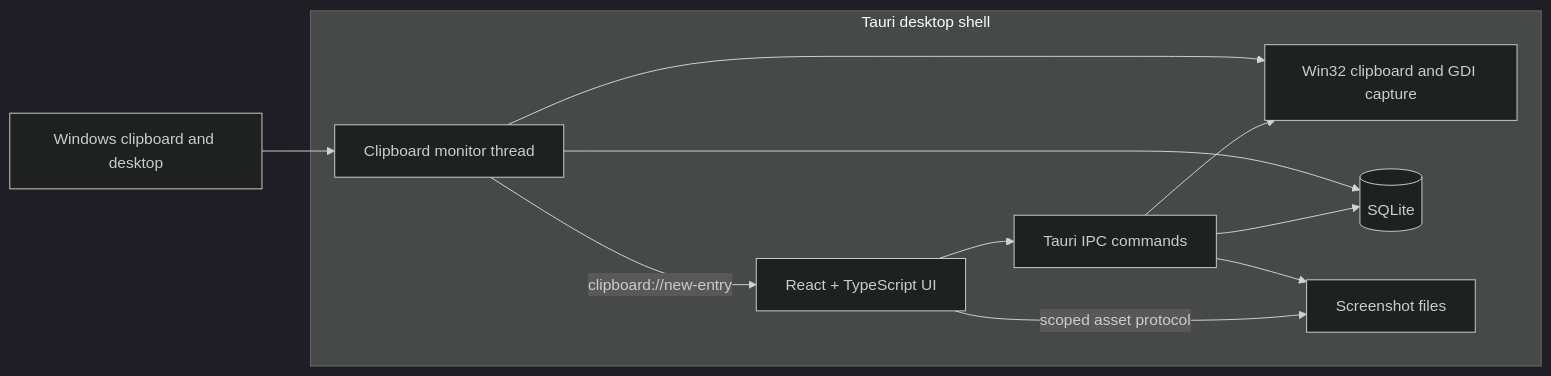
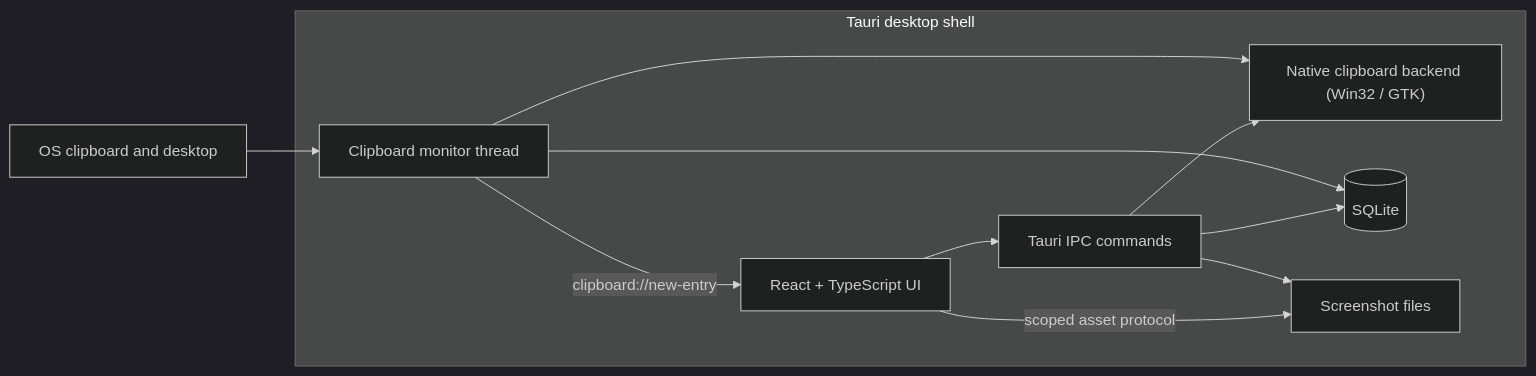
Before and after one commit to reddy895/LucidClip: the diagram in README.md, drawn with Mermaid (dark theme). The commit also changed other lines of this file and 1 other file, not shown here.

First line of the commit message:
docs: describe the implemented Linux clipboard backend

````diff
--- a/README.md
+++ b/README.md
@@ -110,21 +113,21 @@
 ```mermaid
 flowchart LR
     subgraph Desktop["Tauri desktop shell"]
         UI["React + TypeScript UI"]
         IPC["Tauri IPC commands"]
         MON["Clipboard monitor thread"]
-        CAP["Win32 clipboard and GDI capture"]
+        CAP["Native clipboard backend (Win32 / GTK)"]
         DB[("SQLite")]
         FILES["Screenshot files"]
     end
 
-    OS["Windows clipboard and desktop"] --> MON
+    OS["OS clipboard and desktop"] --> MON
     MON --> CAP
     MON --> DB
     MON -->|clipboard://new-entry| UI
     UI --> IPC
     IPC --> CAP
     IPC --> DB
     IPC --> FILES
     UI -->|scoped asset protocol| FILES
 ```
````
